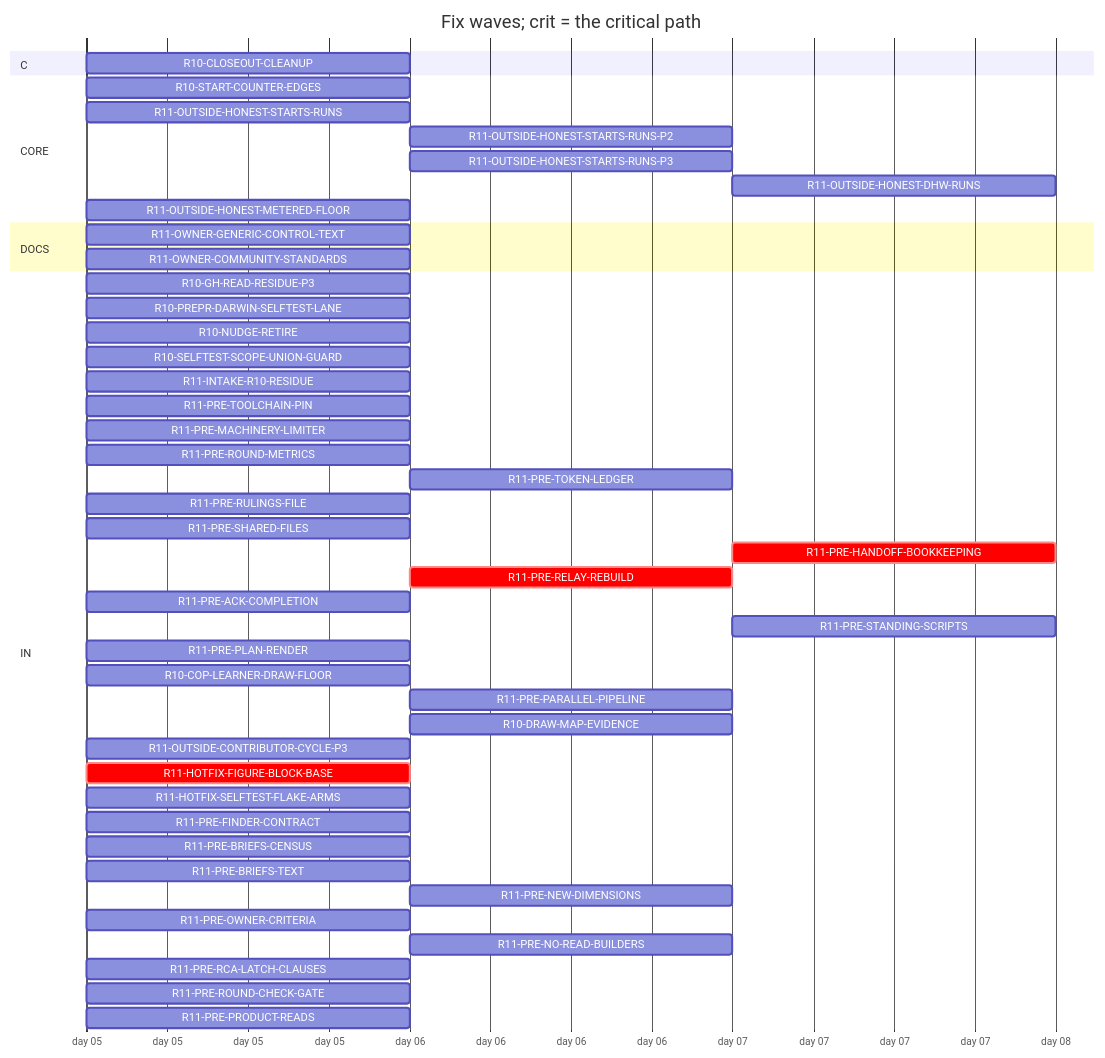
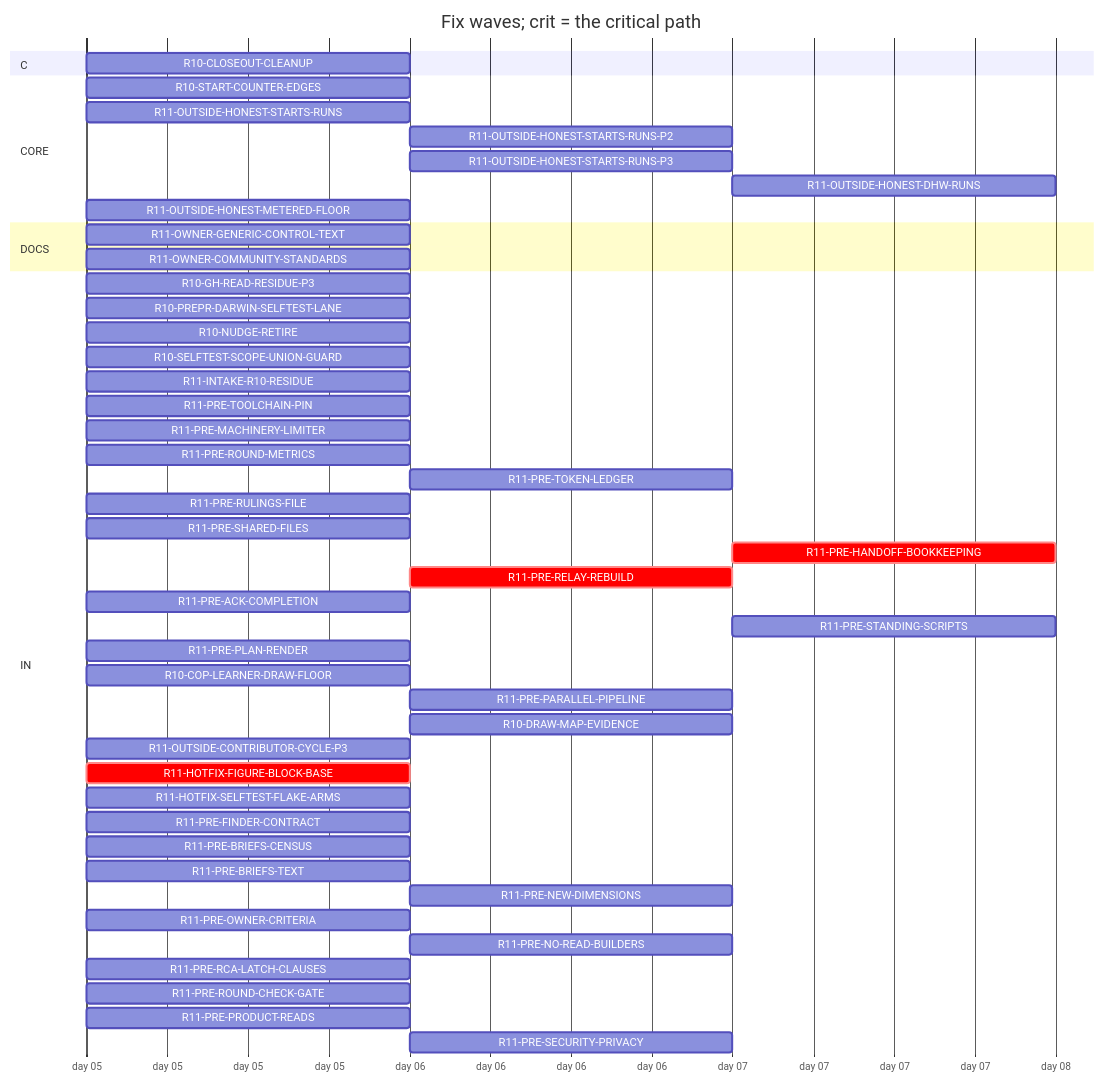
One commit to tvofi/heatpump_optimizer changed the diagram in handoff/round11/state/PLAN-TABLE.md. Above: the diagram before and after it, drawn with Mermaid. The commit also changed other lines of this file and 4 other files, not shown here.

Commit message:
state: FLOW-BOARD.md, NEXT-SESSION-PROMPT.md, PLAN-TABLE.md, PLAN.html, RESUME-CURRENT.md regenerated (state_docs.py)

````diff
--- a/handoff/round11/state/PLAN-TABLE.md
+++ b/handoff/round11/state/PLAN-TABLE.md
@@ -17,50 +17,51 @@
 ```mermaid
 gantt
   title Fix waves; crit = the critical path
   dateFormat YYYY-MM-DD
   axisFormat day %d
   section C
     R10-CLOSEOUT-CLEANUP :r10CLOSEOUTCLEANUP, 2026-01-05, 1d
   section CORE
     R10-START-COUNTER-EDGES :r10STARTCOUNTEREDGES, 2026-01-05, 1d
     R11-OUTSIDE-HONEST-STARTS-RUNS :r11OUTSIDEHONESTSTARTSRUNS, 2026-01-05, 1d
     R11-OUTSIDE-HONEST-STARTS-RUNS-P2 :r11OUTSIDEHONESTSTARTSRUNSP2, after r11OUTSIDEHONESTSTARTSRUNS, 1d
     R11-OUTSIDE-HONEST-STARTS-RUNS-P3 :r11OUTSIDEHONESTSTARTSRUNSP3, after r11OUTSIDEHONESTSTARTSRUNS, 1d
     R11-OUTSIDE-HONEST-DHW-RUNS :r11OUTSIDEHONESTDHWRUNS, after r11OUTSIDEHONESTSTARTSRUNS r11OUTSIDEHONESTSTARTSRUNSP2, 1d
     R11-OUTSIDE-HONEST-METERED-FLOOR :r11OUTSIDEHONESTMETEREDFLOOR, 2026-01-05, 1d
   section DOCS
     R11-OWNER-GENERIC-CONTROL-TEXT :r11OWNERGENERICCONTROLTEXT, 2026-01-05, 1d
     R11-OWNER-COMMUNITY-STANDARDS :r11OWNERCOMMUNITYSTANDARDS, 2026-01-05, 1d
   section IN
     R10-GH-READ-RESIDUE-P3 :r10GHREADRESIDUEP3, 2026-01-05, 1d
     R10-PREPR-DARWIN-SELFTEST-LANE :r10PREPRDARWINSELFTESTLANE, 2026-01-05, 1d
     R10-NUDGE-RETIRE :r10NUDGERETIRE, 2026-01-05, 1d
     R10-SELFTEST-SCOPE-UNION-GUARD :r10SELFTESTSCOPEUNIONGUARD, 2026-01-05, 1d
     R11-INTAKE-R10-RESIDUE :r11INTAKER10RESIDUE, 2026-01-05, 1d
     R11-PRE-TOOLCHAIN-PIN :r11PRETOOLCHAINPIN, 2026-01-05, 1d
     R11-PRE-MACHINERY-LIMITER :r11PREMACHINERYLIMITER, 2026-01-05, 1d
     R11-PRE-ROUND-METRICS :r11PREROUNDMETRICS, 2026-01-05, 1d
     R11-PRE-TOKEN-LEDGER :r11PRETOKENLEDGER, after r10GHREADRESIDUEP3, 1d
     R11-PRE-RULINGS-FILE :r11PRERULINGSFILE, 2026-01-05, 1d
     R11-PRE-SHARED-FILES :r11PRESHAREDFILES, 2026-01-05, 1d
     R11-PRE-HANDOFF-BOOKKEEPING :crit, r11PREHANDOFFBOOKKEEPING, after r11PRERELAYREBUILD, 1d
     R11-PRE-RELAY-REBUILD :crit, r11PRERELAYREBUILD, after r11HOTFIXFIGUREBLOCKBASE, 1d
     R11-PRE-ACK-COMPLETION :r11PREACKCOMPLETION, 2026-01-05, 1d
     R11-PRE-STANDING-SCRIPTS :r11PRESTANDINGSCRIPTS, after r11PREPARALLELPIPELINE, 1d
     R11-PRE-PLAN-RENDER :r11PREPLANRENDER, 2026-01-05, 1d
     R10-COP-LEARNER-DRAW-FLOOR :r10COPLEARNERDRAWFLOOR, 2026-01-05, 1d
     R11-PRE-PARALLEL-PIPELINE :r11PREPARALLELPIPELINE, after r11HOTFIXFIGUREBLOCKBASE, 1d
     R10-DRAW-MAP-EVIDENCE :r10DRAWMAPEVIDENCE, after r10COPLEARNERDRAWFLOOR, 1d
     R11-OUTSIDE-CONTRIBUTOR-CYCLE-P3 :r11OUTSIDECONTRIBUTORCYCLEP3, 2026-01-05, 1d
     R11-HOTFIX-FIGURE-BLOCK-BASE :crit, r11HOTFIXFIGUREBLOCKBASE, 2026-01-05, 1d
     R11-HOTFIX-SELFTEST-FLAKE-ARMS :r11HOTFIXSELFTESTFLAKEARMS, 2026-01-05, 1d
     R11-PRE-FINDER-CONTRACT :r11PREFINDERCONTRACT, 2026-01-05, 1d
     R11-PRE-BRIEFS-CENSUS :r11PREBRIEFSCENSUS, 2026-01-05, 1d
     R11-PRE-BRIEFS-TEXT :r11PREBRIEFSTEXT, 2026-01-05, 1d
     R11-PRE-NEW-DIMENSIONS :r11PRENEWDIMENSIONS, after r11PREFINDERCONTRACT r11PREBRIEFSCENSUS, 1d
     R11-PRE-OWNER-CRITERIA :r11PREOWNERCRITERIA, 2026-01-05, 1d
     R11-PRE-NO-READ-BUILDERS :r11PRENOREADBUILDERS, after r11PREMACHINERYLIMITER, 1d
     R11-PRE-RCA-LATCH-CLAUSES :r11PRERCALATCHCLAUSES, 2026-01-05, 1d
     R11-PRE-ROUND-CHECK-GATE :r11PREROUNDCHECKGATE, 2026-01-05, 1d
     R11-PRE-PRODUCT-READS :r11PREPRODUCTREADS, 2026-01-05, 1d
+    R11-PRE-SECURITY-PRIVACY :r11PRESECURITYPRIVACY, after r11PREFINDERCONTRACT r11PREBRIEFSCENSUS, 1d
 ```
````
